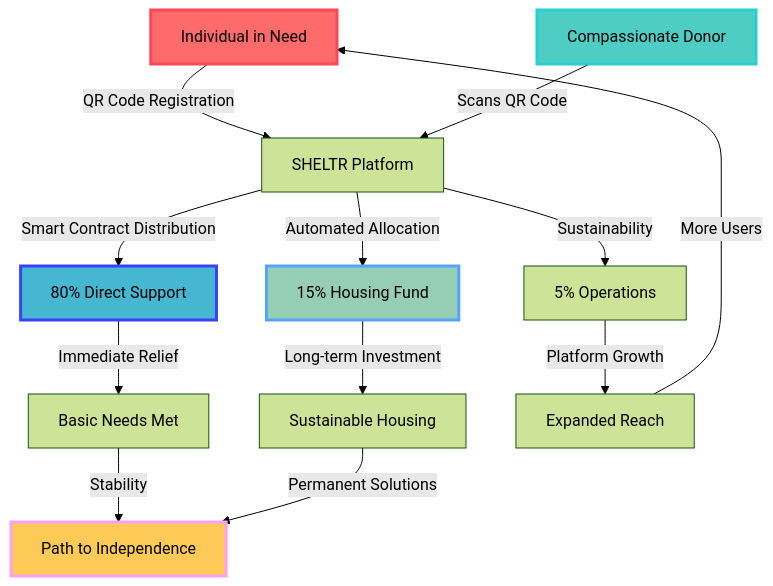
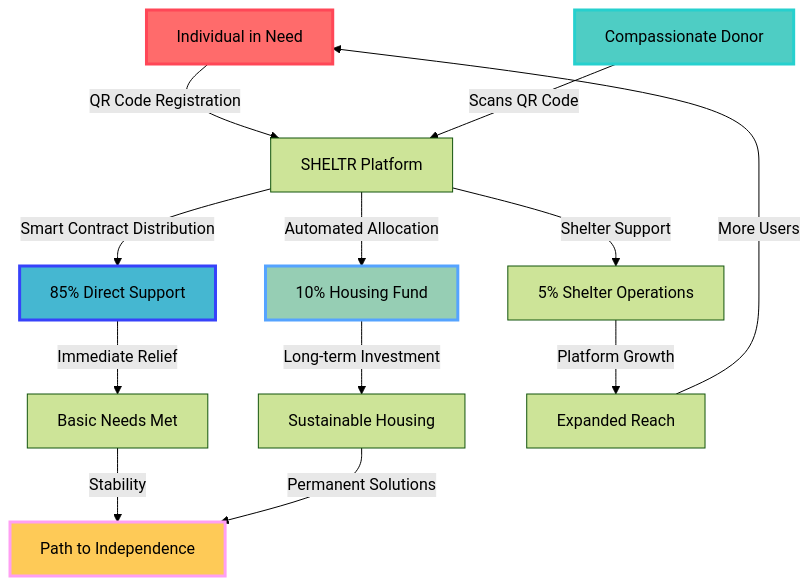
One commit to mrj0nesmtl/sheltr-ai changed the diagram in docs/01-overview/README.md. Above: the diagram before and after it, drawn with Mermaid (forest theme). The commit also changed other lines of this file and 27 other files, not shown here.

````diff
--- a/docs/01-overview/README.md
+++ b/docs/01-overview/README.md
@@ -91,22 +91,22 @@
 ```mermaid
 graph TD
     A[Individual in Need] -->|QR Code Registration| B[SHELTR Platform]
     C[Compassionate Donor] -->|Scans QR Code| B
-    B -->|Smart Contract Distribution| D[80% Direct Support]
-    B -->|Automated Allocation| E[15% Housing Fund]
-    B -->|Sustainability| F[5% Operations]
+    B -->|Smart Contract Distribution| D[85% Direct Support]
+    B -->|Automated Allocation| E[10% Housing Fund]
+    B -->|Shelter Support| F[5% Shelter Operations]
     
     D -->|Immediate Relief| G[Basic Needs Met]
     E -->|Long-term Investment| H[Sustainable Housing]
     F -->|Platform Growth| I[Expanded Reach]
     
     G -->|Stability| J[Path to Independence]
     H -->|Permanent Solutions| J
     I -->|More Users| A
     
     style A fill:#ff6b6b,stroke:#ff4757,stroke-width:3px
     style C fill:#4ecdc4,stroke:#26d0ce,stroke-width:3px
     style D fill:#45b7d1,stroke:#3742fa,stroke-width:3px
     style E fill:#96ceb4,stroke:#55a3ff,stroke-width:3px
     style J fill:#feca57,stroke:#ff9ff3,stroke-width:3px
 ```
````
